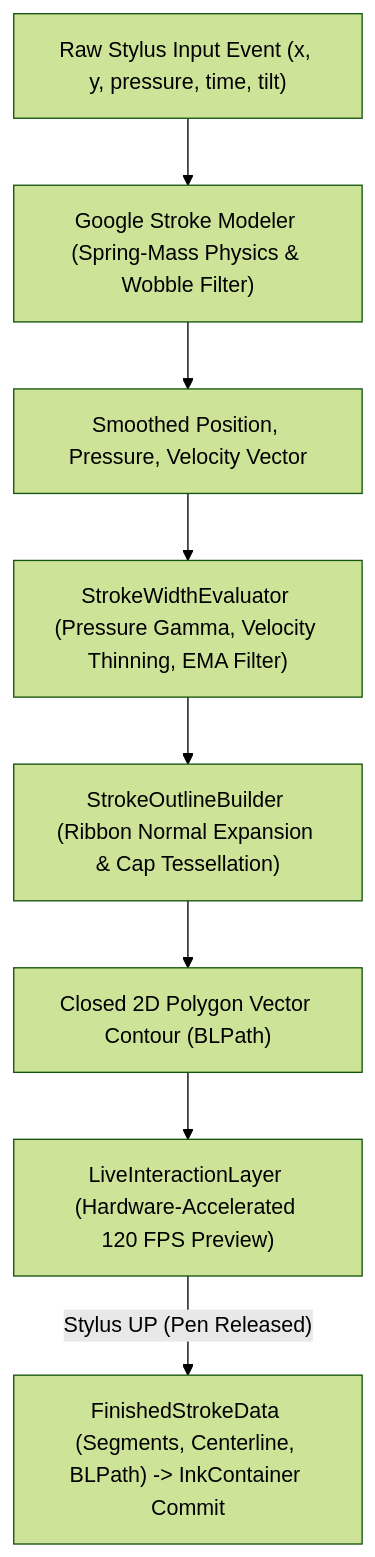
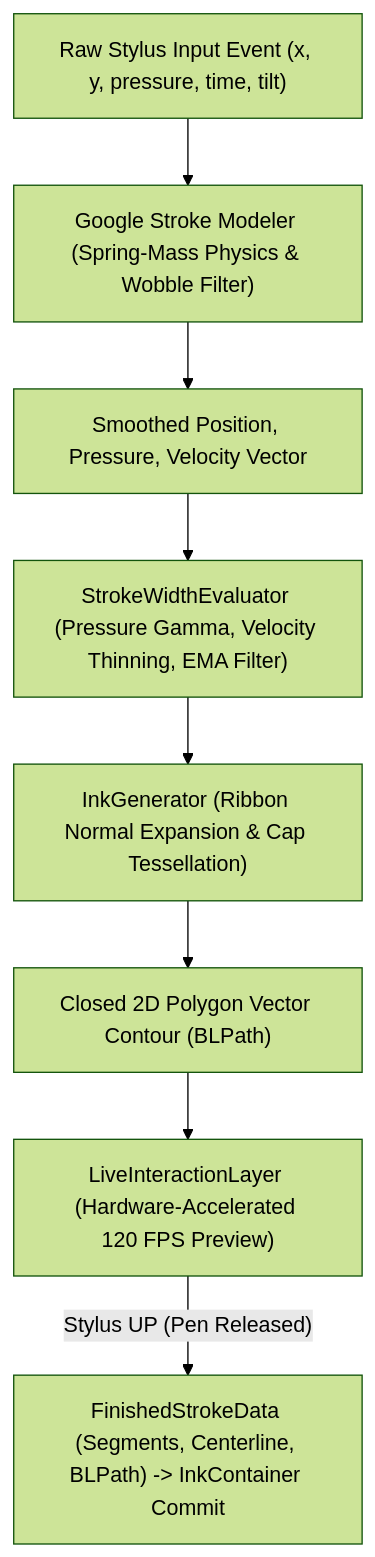
Before and after one commit to 3dWonderGuy/FolioNote: the diagram in src/core/ink_engine/README.md, drawn with Mermaid (forest theme). The commit also changed other lines of this file and 27 other files, not shown here.

````diff
--- a/src/core/ink_engine/README.md
+++ b/src/core/ink_engine/README.md
@@ -25,10 +25,10 @@
 ```mermaid
 graph TD
     A["Raw Stylus Input Event (x, y, pressure, time, tilt)"] --> B["Google Stroke Modeler (Spring-Mass Physics & Wobble Filter)"]
     B --> C["Smoothed Position, Pressure, Velocity Vector"]
     C --> D["StrokeWidthEvaluator (Pressure Gamma, Velocity Thinning, EMA Filter)"]
-    D --> E["StrokeOutlineBuilder (Ribbon Normal Expansion & Cap Tessellation)"]
+    D --> E["InkGenerator (Ribbon Normal Expansion & Cap Tessellation)"]
     E --> F["Closed 2D Polygon Vector Contour (BLPath)"]
     F --> G["LiveInteractionLayer (Hardware-Accelerated 120 FPS Preview)"]
     G -->|"Stylus UP (Pen Released)"| H["FinishedStrokeData (Segments, Centerline, BLPath) -> InkContainer Commit"]
 ```
````
